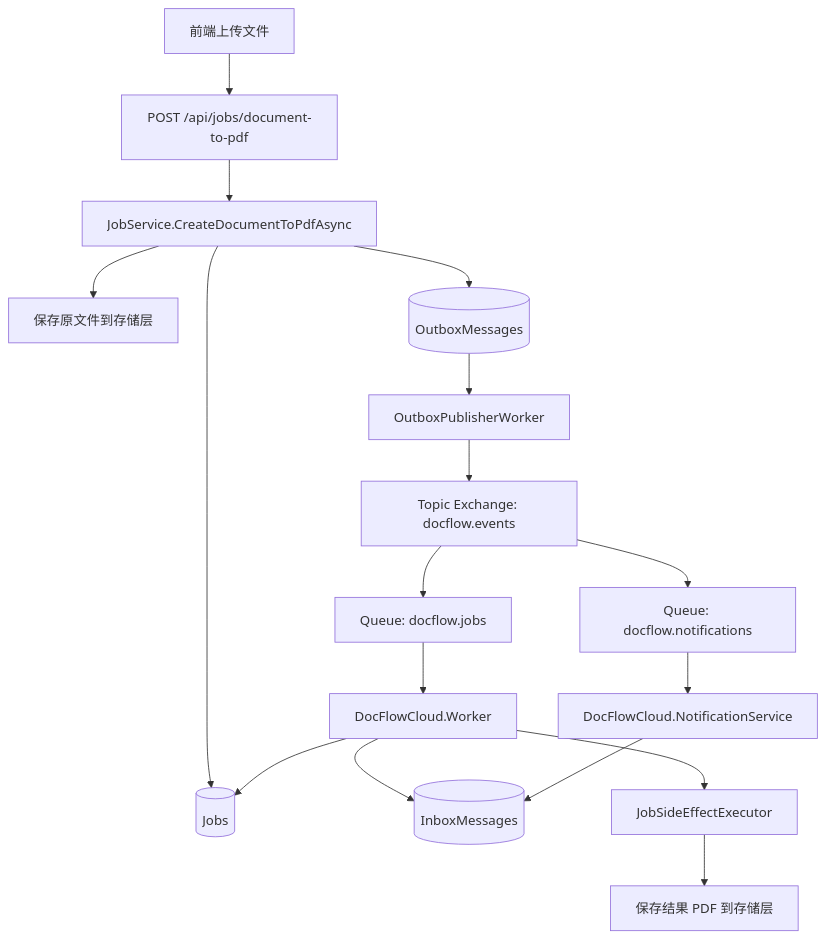
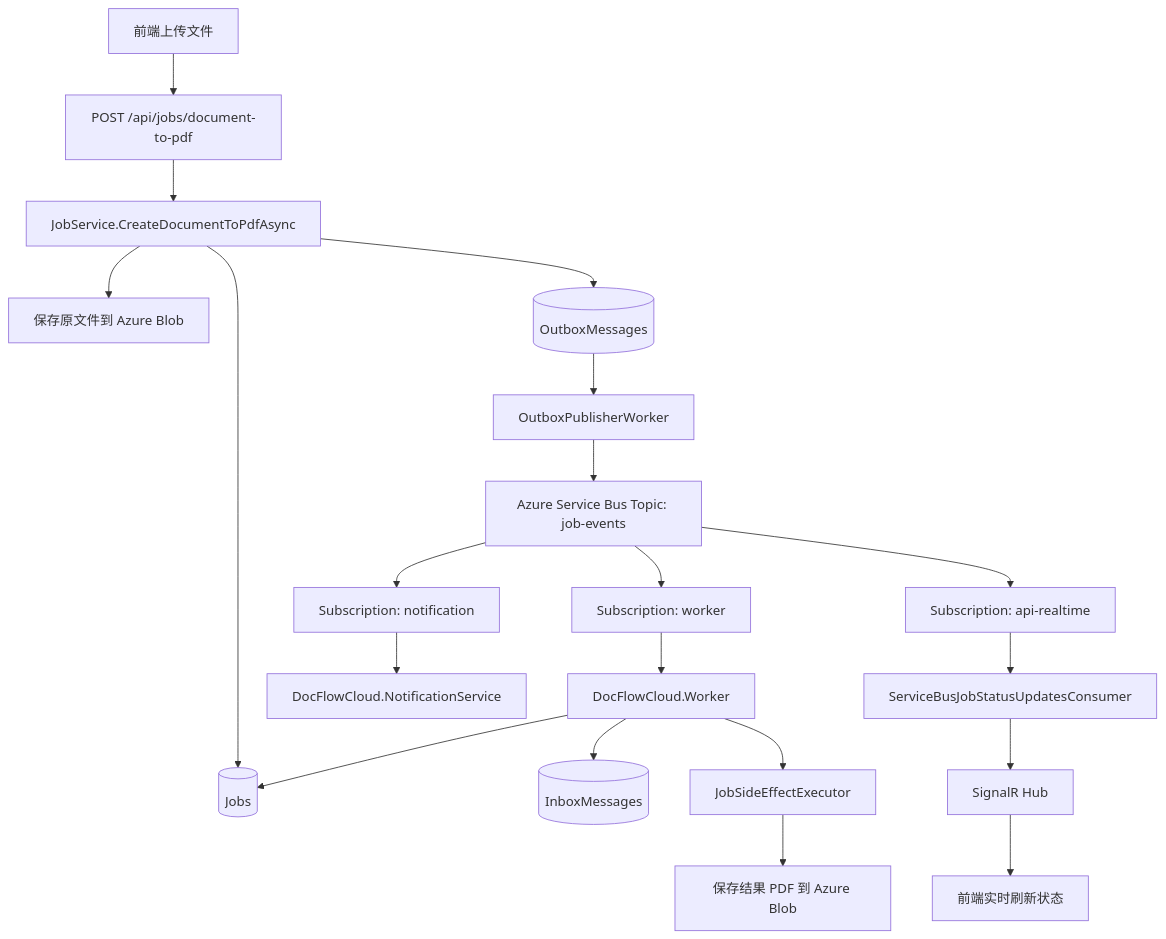
The first of 4 diagrams in docs/system-flow.md (haoyucheng369-gif/DocFlowCloud), drawn with Mermaid before and after one commit. The commit also changed other lines of this file and 7 other files, not shown here.

Commit message:
Refresh docs and testbed config for Key Vault and Service Bus

````diff
--- a/docs/system-flow.md
+++ b/docs/system-flow.md
@@ -7,19 +10,22 @@
 ```mermaid
 flowchart TD
     A[前端上传文件] --> B[POST /api/jobs/document-to-pdf]
     B --> C[JobService.CreateDocumentToPdfAsync]
-    C --> D[保存原文件到存储层]
+    C --> D[保存原文件到 Azure Blob]
     C --> E[(Jobs)]
     C --> F[(OutboxMessages)]
     F --> G[OutboxPublisherWorker]
-    G --> H[Topic Exchange: docflow.events]
-    H --> I[Queue: docflow.jobs]
-    H --> J[Queue: docflow.notifications]
-    I --> K[DocFlowCloud.Worker]
-    J --> L[DocFlowCloud.NotificationService]
-    K --> M[(InboxMessages)]
-    L --> M
-    K --> N[JobSideEffectExecutor]
-    N --> O[保存结果 PDF 到存储层]
-    K --> E
+    G --> H[Azure Service Bus Topic: job-events]
+    H --> I[Subscription: worker]
+    H --> J[Subscription: notification]
+    H --> K[Subscription: api-realtime]
+    I --> L[DocFlowCloud.Worker]
+    J --> M[DocFlowCloud.NotificationService]
+    K --> N[ServiceBusJobStatusUpdatesConsumer]
+    L --> O[(InboxMessages)]
+    L --> P[JobSideEffectExecutor]
+    P --> Q[保存结果 PDF 到 Azure Blob]
+    L --> E
+    N --> R[SignalR Hub]
+    R --> S[前端实时刷新状态]
 ```
````
